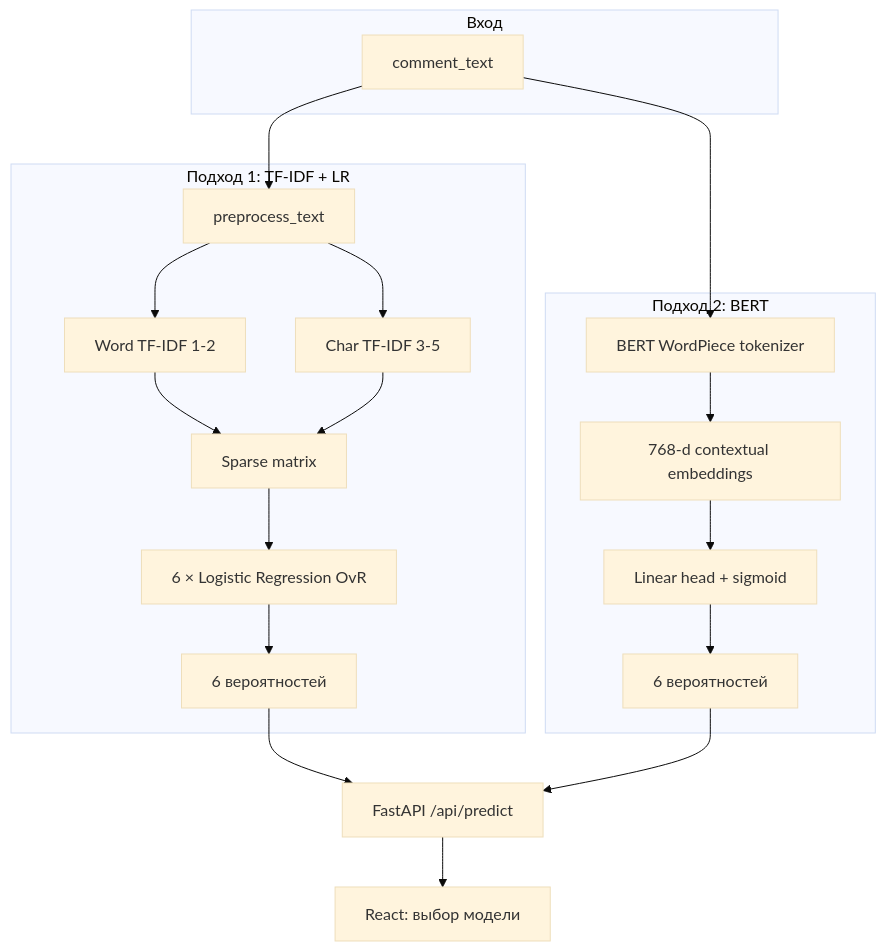
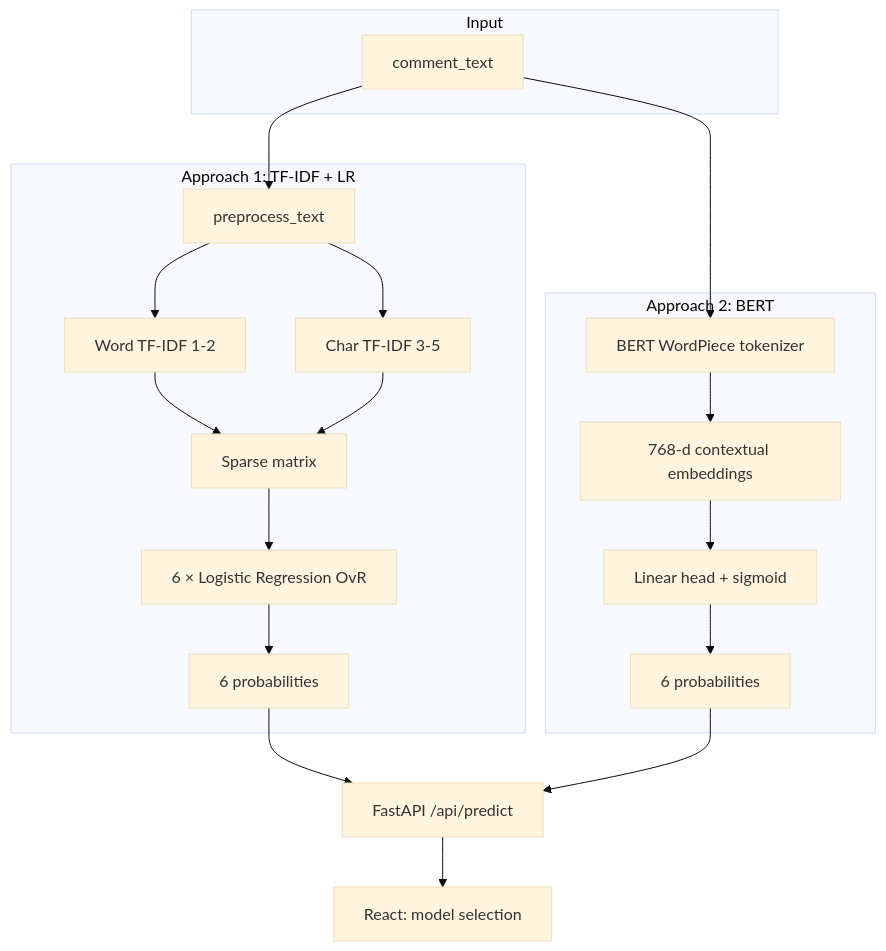
The diagram in ml/reports/02_nlp_models_implementation.md (Damian352/toxic-comment-detector), drawn with Mermaid (base theme) before and after one commit. The commit also changed other lines of this file and 35 other files, not shown here.

````diff
--- a/ml/reports/02_nlp_models_implementation.md
+++ b/ml/reports/02_nlp_models_implementation.md
@@ -31,27 +31,27 @@
 ```mermaid
 flowchart TB
-    subgraph input [Вход]
+    subgraph input [Input]
         T[comment_text]
     end
 
-    subgraph classic [Подход 1: TF-IDF + LR]
+    subgraph classic [Approach 1: TF-IDF + LR]
         T --> P1[preprocess_text]
         P1 --> W[Word TF-IDF 1-2]
         P1 --> C[Char TF-IDF 3-5]
         W --> F[Sparse matrix]
         C --> F
         F --> OVR[6 × Logistic Regression OvR]
-        OVR --> S1[6 вероятностей]
+        OVR --> S1[6 probabilities]
     end
 
-    subgraph neural [Подход 2: BERT]
+    subgraph neural [Approach 2: BERT]
         T --> TOK[BERT WordPiece tokenizer]
         TOK --> ENC[768-d contextual embeddings]
         ENC --> HEAD[Linear head + sigmoid]
-        HEAD --> S2[6 вероятностей]
+        HEAD --> S2[6 probabilities]
     end
 
     S1 --> API[FastAPI /api/predict]
     S2 --> API
-    API --> UI[React: выбор модели]
+    API --> UI[React: model selection]
 ```
````
